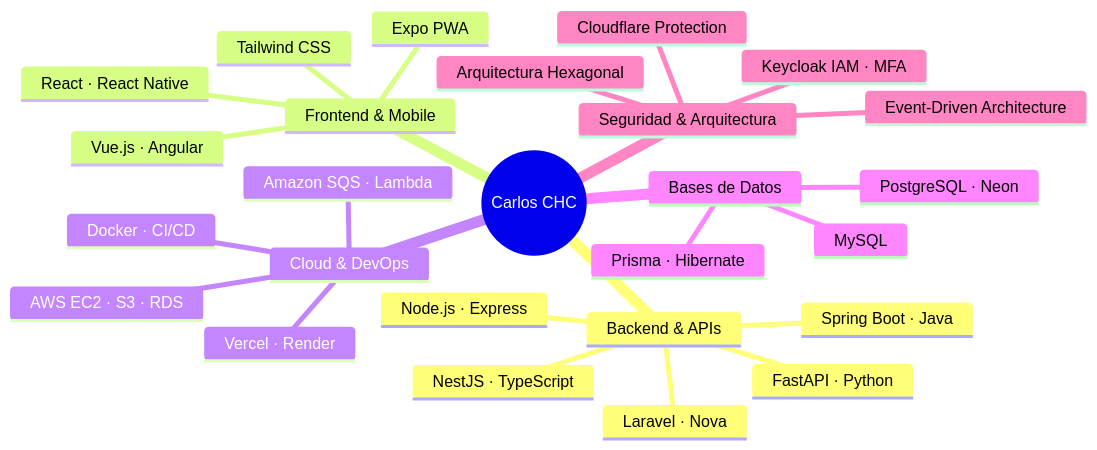
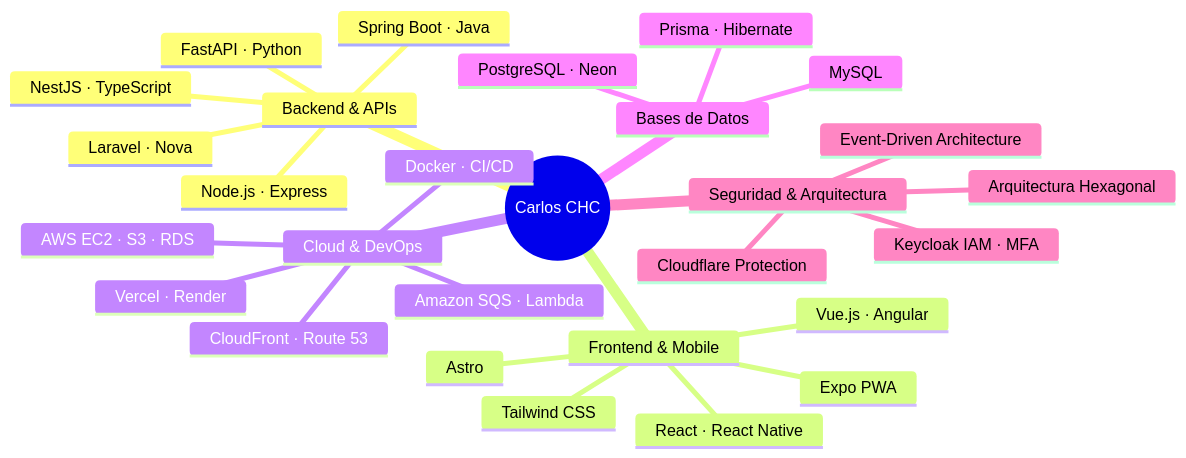
One commit to devCarlosHernandez/devCarlosHernandez changed the diagram in README.md. Above: the diagram before and after it, drawn with Mermaid. The commit also changed other lines of this file, not shown here.

````diff
--- a/README.md
+++ b/README.md
@@ -179,29 +301,31 @@
 ```mermaid
 mindmap
   root((Carlos CHC))
     Backend & APIs
       Node.js · Express
       NestJS · TypeScript
       FastAPI · Python
       Spring Boot · Java
       Laravel · Nova
     Frontend & Mobile
       React · React Native
       Expo PWA
       Vue.js · Angular
       Tailwind CSS
+      Astro
     Cloud & DevOps
       AWS EC2 · S3 · RDS
       Amazon SQS · Lambda
+      CloudFront · Route 53
       Docker · CI/CD
       Vercel · Render
     Bases de Datos
       PostgreSQL · Neon
       MySQL
       Prisma · Hibernate
     Seguridad & Arquitectura
       Event-Driven Architecture
       Keycloak IAM · MFA
       Cloudflare Protection
       Arquitectura Hexagonal
 ```
````
